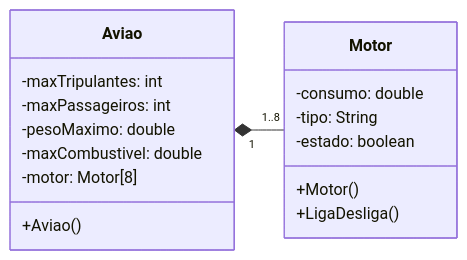
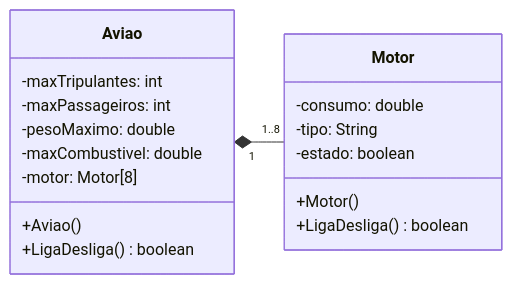
Before and after one commit to anthyer/ifsc-poo: the fifth of 6 diagrams in aula-10/README.md, drawn with Mermaid. The commit also changed other lines of this file and 5 other files, not shown here.

````diff
--- a/aula-10/README.md
+++ b/aula-10/README.md
@@ -68,22 +68,23 @@
 ```mermaid
 classDiagram
     direction LR
     Aviao "1" *-- "1..8" Motor
     
     class Aviao {
         -maxTripulantes: int
         -maxPassageiros: int
         -pesoMaximo: double
         -maxCombustivel: double
         -motor: Motor[8]
-        +Aviao()        
+        +Aviao()       
+        +LigaDesliga() boolean
     }
     
     class Motor {
         -consumo: double
         -tipo: String
         -estado: boolean
         +Motor()
-        +LigaDesliga()
+        +LigaDesliga() boolean
     }
 ```
````
